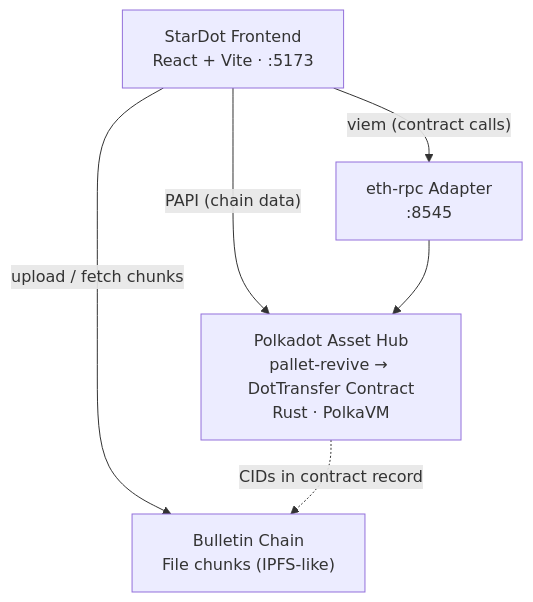
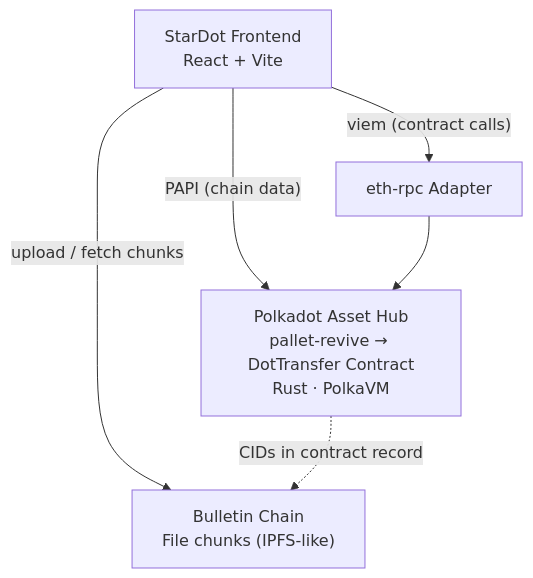
Before and after one commit to fechaMe/polkadot-stack-template: the first of 3 diagrams in README.md, drawn with Mermaid. The commit also changed other lines of this file and 2 other files, not shown here.

````diff
--- a/README.md
+++ b/README.md
@@ -84,13 +78,13 @@
 ```mermaid
 graph TD
-    FE["StarDot Frontend\nReact + Vite · :5173"]
-    RPC["eth-rpc Adapter\n:8545"]
+    FE["StarDot Frontend\nReact + Vite"]
+    RPC["eth-rpc Adapter"]
     Chain["Polkadot Asset Hub\npallet-revive → DotTransfer Contract\nRust · PolkaVM"]
     BL["Bulletin Chain\nFile chunks (IPFS-like)"]
 
     FE -- "viem (contract calls)" --> RPC
     FE -- "PAPI (chain data)" --> Chain
     RPC --> Chain
     FE -- "upload / fetch chunks" --> BL
     Chain -. "CIDs in contract record" .-> BL
 ```
````
